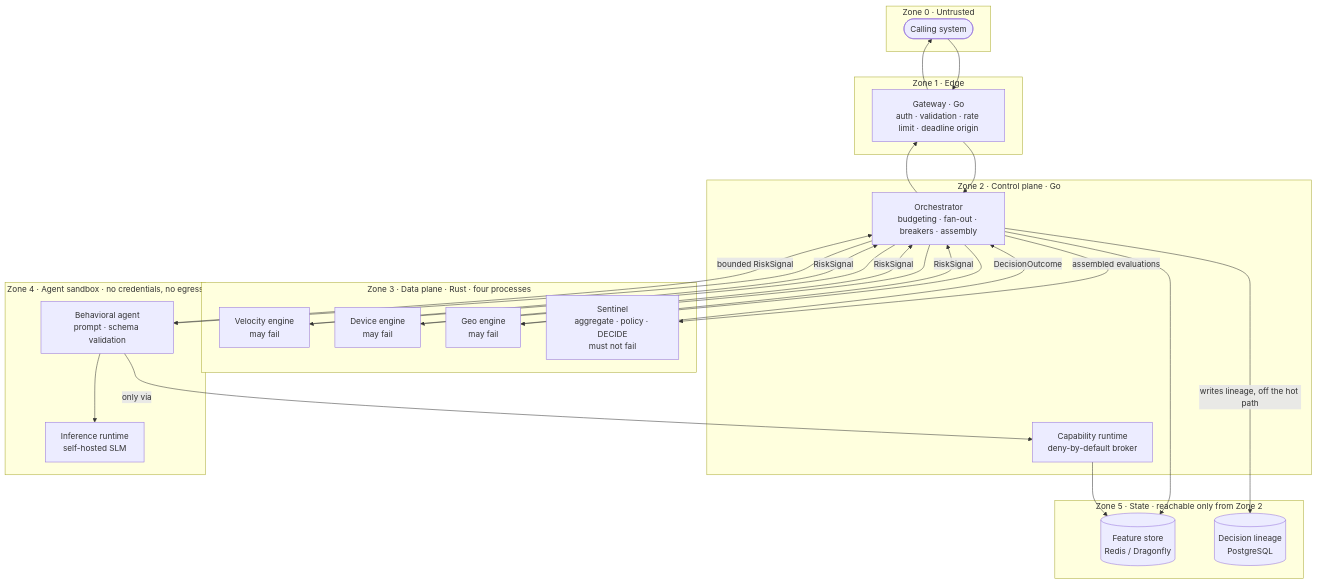
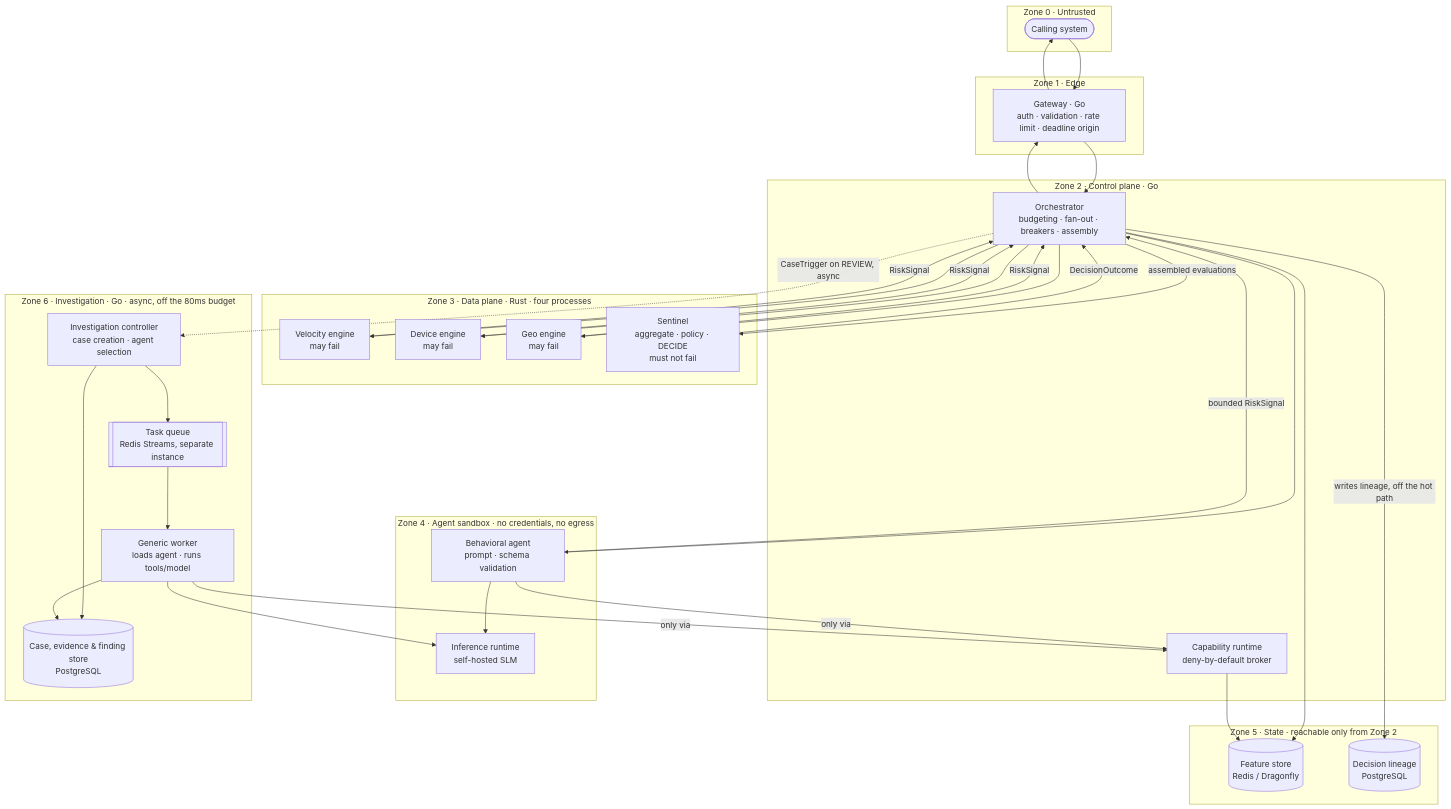
The diagram in docs/architecture.md (atesoglu/legion), drawn with Mermaid before and after one commit. The commit also changed other lines of this file and 18 other files, not shown here.

````diff
--- a/docs/architecture.md
+++ b/docs/architecture.md
@@ -51,46 +51,59 @@
 ```mermaid
 flowchart TD
     subgraph z0[Zone 0 · Untrusted]
         client([Calling system])
     end
 
     subgraph edge[Zone 1 · Edge]
         gw[Gateway · Go<br/>auth · validation · rate limit · deadline origin]
     end
 
     subgraph control[Zone 2 · Control plane · Go]
         orch[Orchestrator<br/>budgeting · fan-out · breakers · assembly]
         cap[Capability runtime<br/>deny-by-default broker]
     end
 
     subgraph data[Zone 3 · Data plane · Rust · four processes]
         vel[Velocity engine<br/>may fail]
         dev[Device engine<br/>may fail]
         geo[Geo engine<br/>may fail]
         core[Sentinel<br/>aggregate · policy · DECIDE<br/>must not fail]
     end
 
     subgraph ai[Zone 4 · Agent sandbox · no credentials, no egress]
         beh[Behavioral agent<br/>prompt · schema validation]
         slm[Inference runtime<br/>self-hosted SLM]
     end
 
     subgraph state[Zone 5 · State · reachable only from Zone 2]
         fs[(Feature store<br/>Redis / Dragonfly)]
         lin[(Decision lineage<br/>PostgreSQL)]
     end
 
+    subgraph investigation[Zone 6 · Investigation · Go · async, off the 80ms budget]
+        invctl[Investigation controller<br/>case creation · agent selection]
+        invq[[Task queue<br/>Redis Streams, separate instance]]
+        invwk[Generic worker<br/>loads agent · runs tools/model]
+        invdb[(Case, evidence & finding store<br/>PostgreSQL)]
+    end
+
     client --> gw --> orch
     orch --> fs
     orch --> vel & dev & geo
     orch --> beh
     beh -->|only via| cap
     cap --> fs
     beh --> slm
     vel & dev & geo -->|RiskSignal| orch
     beh -->|bounded RiskSignal| orch
     orch -->|assembled evaluations| core
     core -->|DecisionOutcome| orch
     orch --> gw --> client
     orch -->|writes lineage, off the hot path| lin
+    orch -.->|CaseTrigger on REVIEW, async| invctl
+    invctl --> invdb
+    invctl --> invq --> invwk
+    invwk --> invdb
+    invwk -->|only via| cap
+    invwk --> slm
 ```
````
